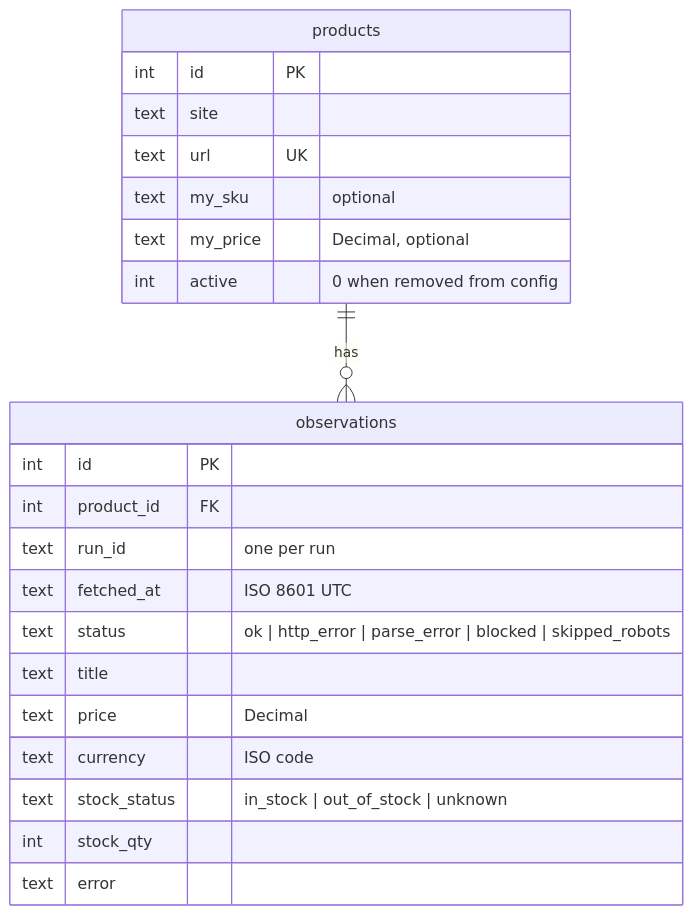
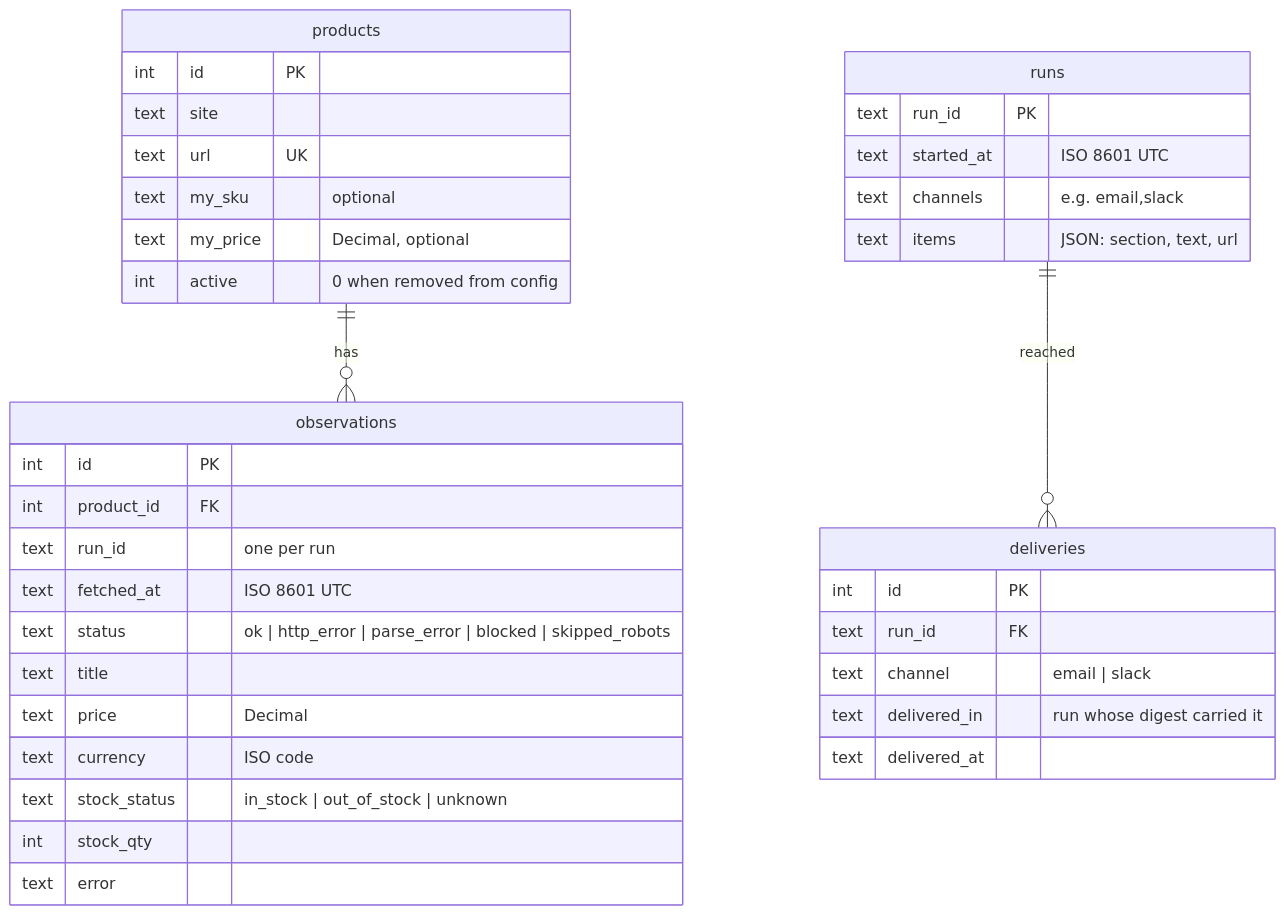
The sixth of 10 diagrams in ARCHITECTURE.md (yahani/kestrel), drawn with Mermaid before and after one commit. The commit also changed other lines of this file and 1 other file, not shown here.

Commit message:
Document runs/deliveries carry-over, float exception and Latest limitation

````diff
--- a/ARCHITECTURE.md
+++ b/ARCHITECTURE.md
@@ -192,25 +193,39 @@
 ```mermaid
 erDiagram
     products ||--o{ observations : "has"
     products {
         int id PK
         text site
         text url UK
         text my_sku "optional"
         text my_price "Decimal, optional"
         int active "0 when removed from config"
     }
     observations {
         int id PK
         int product_id FK
         text run_id "one per run"
         text fetched_at "ISO 8601 UTC"
         text status "ok | http_error | parse_error | blocked | skipped_robots"
         text title
         text price "Decimal"
         text currency "ISO code"
         text stock_status "in_stock | out_of_stock | unknown"
         int stock_qty
         text error
     }
+    runs ||--o{ deliveries : "reached"
+    runs {
+        text run_id PK
+        text started_at "ISO 8601 UTC"
+        text channels "e.g. email,slack"
+        text items "JSON: section, text, url"
+    }
+    deliveries {
+        int id PK
+        text run_id FK
+        text channel "email | slack"
+        text delivered_in "run whose digest carried it"
+        text delivered_at
+    }
 ```
````
